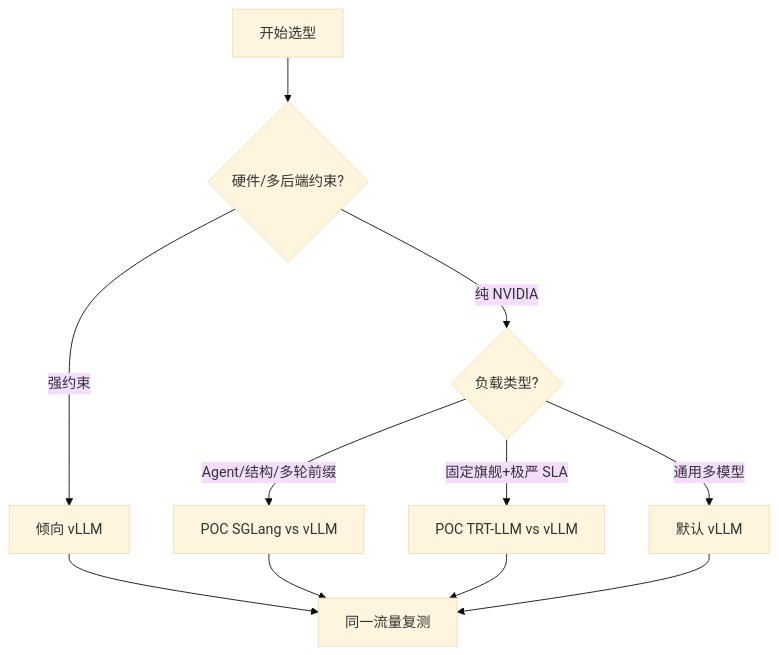
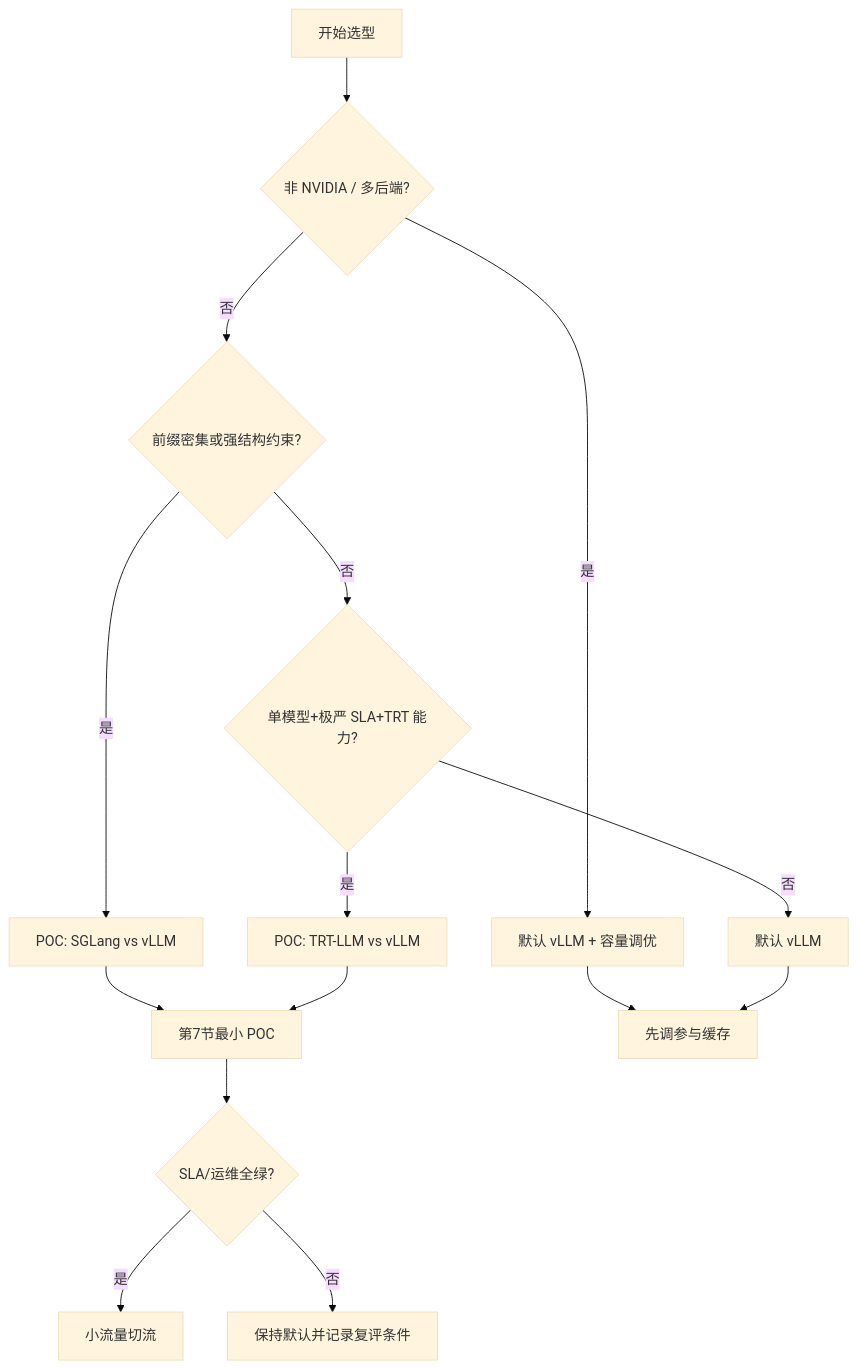
One commit to tqm6666/AIInfraGuide changed the second of 2 diagrams in docs/guides/模块四-推理优化/第3章-深入vLLM/3.6-框架横向对比.md. Above: the diagram before and after it, drawn with Mermaid (base theme). The commit also changed other lines of this file and 6 other files, not shown here.

````diff
--- a/docs/guides/模块四-推理优化/第3章-深入vLLM/3.6-框架横向对比.md
+++ b/docs/guides/模块四-推理优化/第3章-深入vLLM/3.6-框架横向对比.md
@@ -138,13 +140,17 @@
 ```mermaid
 flowchart TD
-    Start["开始选型"] --> H{"硬件/多后端约束?"}
-    H -->|强约束| V1["倾向 vLLM"]
-    H -->|纯 NVIDIA| L{"负载类型?"}
-    L -->|Agent/结构/多轮前缀| S["POC SGLang vs vLLM"]
-    L -->|固定旗舰+极严 SLA| T["POC TRT-LLM vs vLLM"]
-    L -->|通用多模型| V2["默认 vLLM"]
-    S --> POC["同一流量复测"]
+    Start["开始选型"] --> H{"非 NVIDIA / 多后端?"}
+    H -->|是| V1["默认 vLLM + 容量调优"]
+    H -->|否| L{"前缀密集或强结构约束?"}
+    L -->|是| S["POC: SGLang vs vLLM"]
+    L -->|否| F{"单模型+极严 SLA+TRT 能力?"}
+    F -->|是| T["POC: TRT-LLM vs vLLM"]
+    F -->|否| V2["默认 vLLM"]
+    S --> POC["第7节最小 POC"]
     T --> POC
-    V1 --> POC
-    V2 --> POC
+    V1 --> Tune["先调参与缓存"]
+    V2 --> Tune
+    POC --> Dec{"SLA/运维全绿?"}
+    Dec -->|是| Cut["小流量切流"]
+    Dec -->|否| Keep["保持默认并记录复评条件"]
 ```
````
